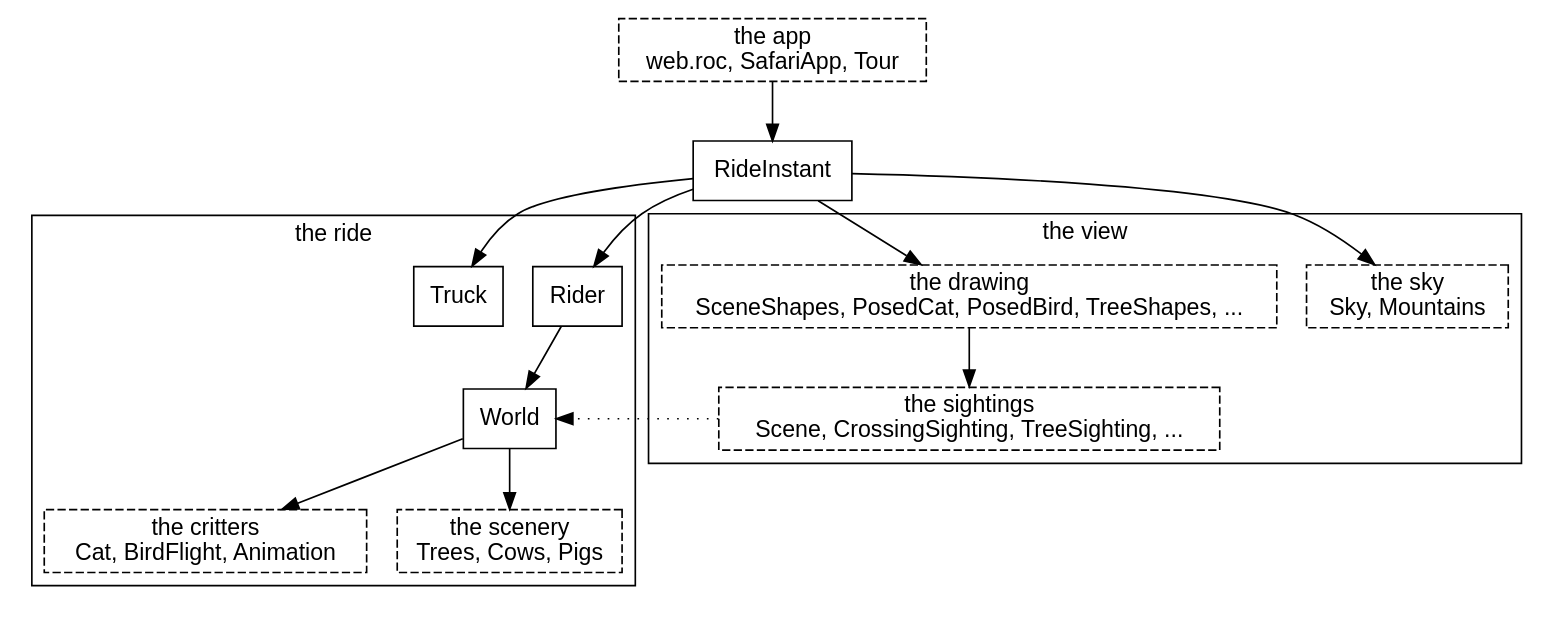
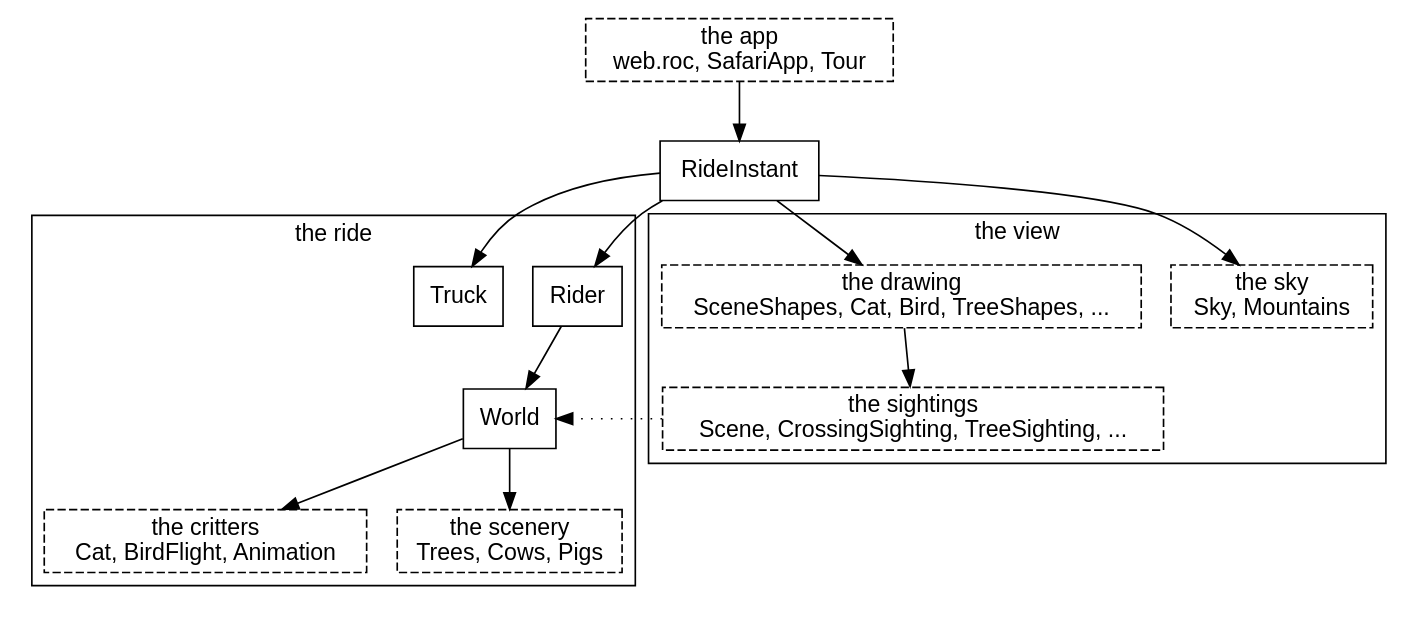
One commit to showell/roc-apps changed the second of 35 diagrams in canvas_apps/safari/tutorial/tutorial.md. Above: the diagram before and after it, drawn with Graphviz. The commit also changed other lines of this file, not shown here.

Commit message:
tutorial: the cat diagrams name CatCrossing, and three stale Posed names

````diff
--- a/canvas_apps/safari/tutorial/tutorial.md
+++ b/canvas_apps/safari/tutorial/tutorial.md
@@ -89,29 +89,29 @@
 ```dot
 digraph system {
   node [shape=box, fontname="Helvetica"];
   fontname="Helvetica";
   app [label="the app\nweb.roc, SafariApp, Tour", style=dashed];
   subgraph cluster_ride {
     label="the ride";
     Rider; Truck; World;
     critters [label="the critters\nCat, BirdFlight, Animation", style=dashed];
     scenery [label="the scenery\nTrees, Cows, Pigs", style=dashed];
   }
   subgraph cluster_view {
     label="the view";
     sky [label="the sky\nSky, Mountains", style=dashed];
-    drawing [label="the drawing\nSceneShapes, PosedCat, PosedBird, TreeShapes, ...", style=dashed];
+    drawing [label="the drawing\nSceneShapes, Cat, Bird, TreeShapes, ...", style=dashed];
     sightings [label="the sightings\nScene, CrossingSighting, TreeSighting, ...", style=dashed];
   }
   app -> RideInstant;
   RideInstant -> Rider;
   RideInstant -> Truck;
   Rider -> World;
   World -> critters;
   World -> scenery;
   RideInstant -> sky;
   RideInstant -> drawing;
   drawing -> sightings;
   sightings -> World [style=dotted, constraint=false];
 }
 ```
````
